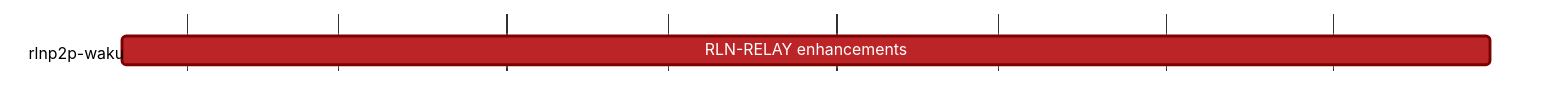
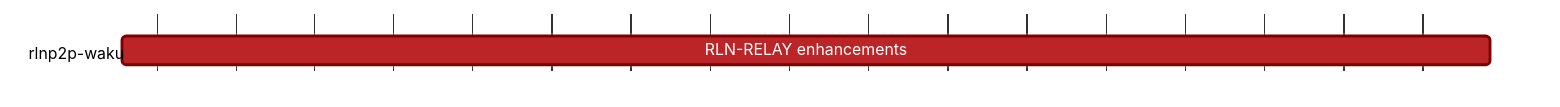
Before and after one commit to logos-co/roadmap: the diagram in content/roadmap/vac/acz/rlnp2p/waku/rln-relay-enhancements.md, drawn with Mermaid. The commit also changed other lines of this file and 1 other file, not shown here.

Commit message:
vac acz roadmap

````diff
--- a/content/roadmap/vac/acz/rlnp2p/waku/rln-relay-enhancements.md
+++ b/content/roadmap/vac/acz/rlnp2p/waku/rln-relay-enhancements.md
@@ -8,19 +8,19 @@
 ```mermaid
 %%{ 
   init: { 
     'theme': 'base', 
     'themeVariables': { 
       'primaryColor': '#BB2528', 
       'primaryTextColor': '#fff', 
       'primaryBorderColor': '#7C0000', 
       'lineColor': '#F8B229', 
       'secondaryColor': '#006100', 
       'tertiaryColor': '#fff' 
     } 
   } 
 }%%
 gantt
 	dateFormat YYYY-MM-DD 
 	section rlnp2p-waku
-		RLN-RELAY enhancements :, 2023-01-20, 2023-09-30
+		RLN-RELAY enhancements :, 2023-06-01, 2023-09-30
 ```
````
